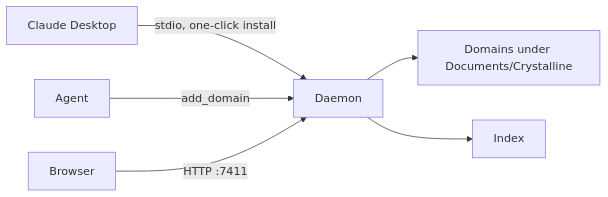
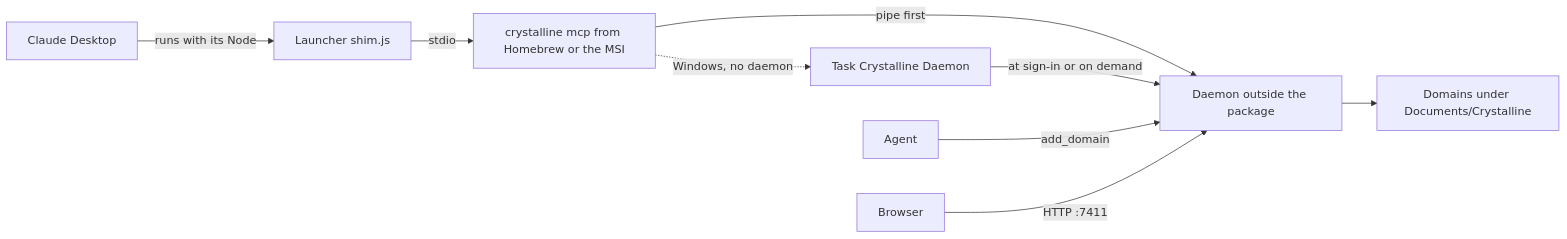
Before and after one commit to jordiboehme/crystalline: the second of 17 diagrams in docs/deployment.md, drawn with Mermaid. The commit also changed other lines of this file and 4 other files, not shown here.

First line of the commit message:
docs: install Crystalline first, then the Claude Desktop extension

````diff
--- a/docs/deployment.md
+++ b/docs/deployment.md
@@ -36,8 +38,11 @@
 ```mermaid
 flowchart LR
-    CD[Claude Desktop] -->|stdio, one-click install| D[Daemon]
+    CD[Claude Desktop] -->|runs with its Node| S[Launcher shim.js]
+    S -->|stdio| M[crystalline mcp from Homebrew or the MSI]
+    M -->|pipe first| D[Daemon outside the package]
+    M -.->|Windows, no daemon| T[Task Crystalline Daemon]
+    T -->|at sign-in or on demand| D
     A[Agent] -->|add_domain| D
+    D --> K[Domains under Documents/Crystalline]
     B[Browser] -->|HTTP :7411| D
-    D --> K[Domains under Documents/Crystalline]
-    D --> I[Index]
 ```
````
